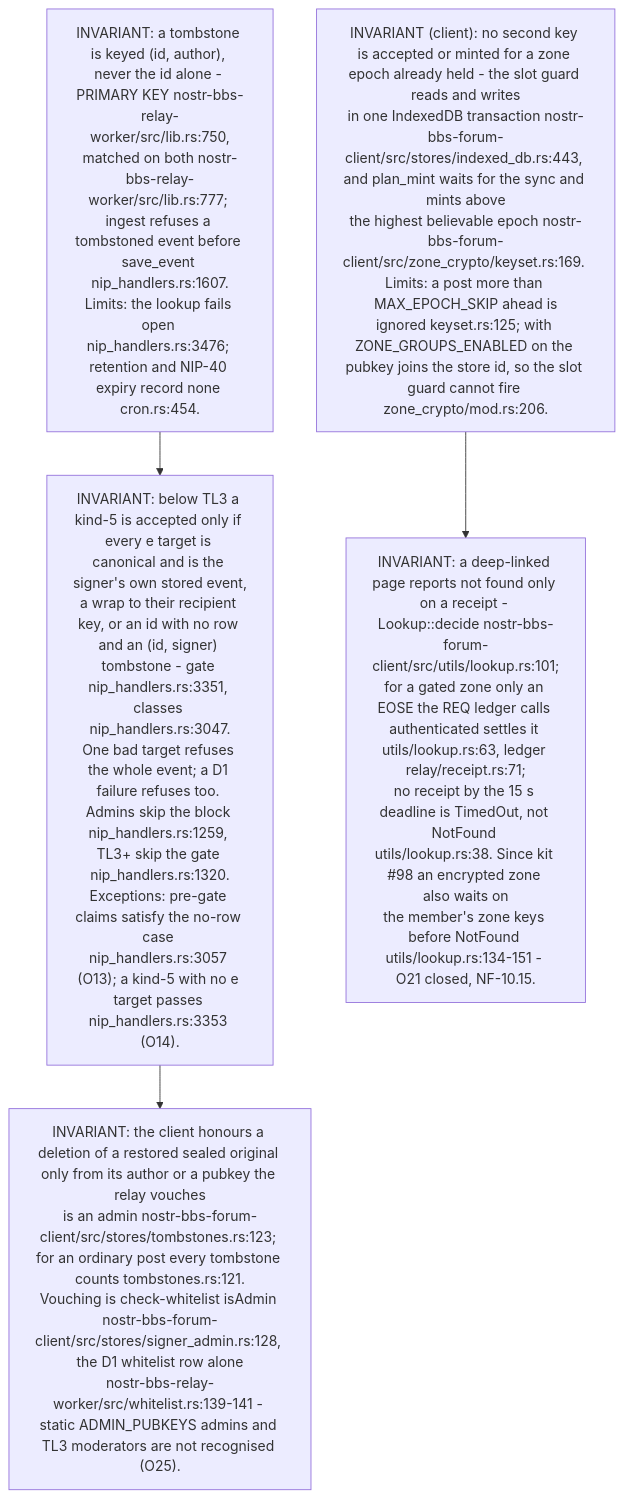
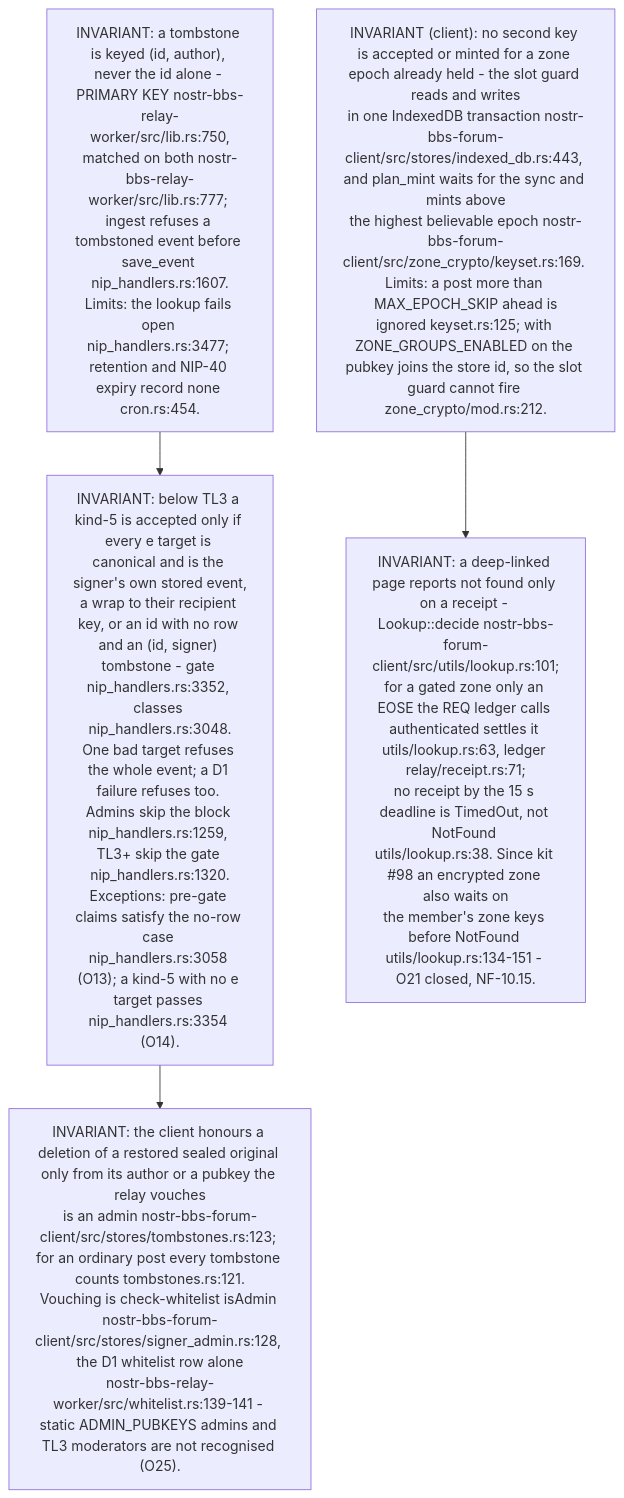
Diagram 11 of 15 in docs/diagrams/nostr-rust-forum/10-invariants-and-anomaly-register.md (DreamLab-AI/VisionFlow), drawn with Mermaid before and after one commit. The commit also changed other lines of this file and 23 other files, not shown here.

First line of the commit message:
docs(diagrams): pass C nostr-rust-forum area re-verified at de31aaa

````diff
--- a/docs/diagrams/nostr-rust-forum/10-invariants-and-anomaly-register.md
+++ b/docs/diagrams/nostr-rust-forum/10-invariants-and-anomaly-register.md
@@ -304,10 +306,10 @@
 ```mermaid
 flowchart TB
-    T1["INVARIANT: a tombstone is keyed (id, author), never the id alone - PRIMARY KEY nostr-bbs-relay-worker/src/lib.rs:750,<br/>matched on both nostr-bbs-relay-worker/src/lib.rs:777; ingest refuses a tombstoned event before save_event nip_handlers.rs:1607.<br/>Limits: the lookup fails open nip_handlers.rs:3476; retention and NIP-40 expiry record none cron.rs:454."]
-    T2["INVARIANT: below TL3 a kind-5 is accepted only if every e target is canonical and is the signer's own stored event,<br/>a wrap to their recipient key, or an id with no row and an (id, signer) tombstone - gate nip_handlers.rs:3351, classes nip_handlers.rs:3047.<br/>One bad target refuses the whole event; a D1 failure refuses too. Admins skip the block nip_handlers.rs:1259, TL3+ skip the gate nip_handlers.rs:1320.<br/>Exceptions: pre-gate claims satisfy the no-row case nip_handlers.rs:3057 (O13); a kind-5 with no e target passes nip_handlers.rs:3353 (O14)."]
+    T1["INVARIANT: a tombstone is keyed (id, author), never the id alone - PRIMARY KEY nostr-bbs-relay-worker/src/lib.rs:750,<br/>matched on both nostr-bbs-relay-worker/src/lib.rs:777; ingest refuses a tombstoned event before save_event nip_handlers.rs:1607.<br/>Limits: the lookup fails open nip_handlers.rs:3477; retention and NIP-40 expiry record none cron.rs:454."]
+    T2["INVARIANT: below TL3 a kind-5 is accepted only if every e target is canonical and is the signer's own stored event,<br/>a wrap to their recipient key, or an id with no row and an (id, signer) tombstone - gate nip_handlers.rs:3352, classes nip_handlers.rs:3048.<br/>One bad target refuses the whole event; a D1 failure refuses too. Admins skip the block nip_handlers.rs:1259, TL3+ skip the gate nip_handlers.rs:1320.<br/>Exceptions: pre-gate claims satisfy the no-row case nip_handlers.rs:3058 (O13); a kind-5 with no e target passes nip_handlers.rs:3354 (O14)."]
     T3["INVARIANT: the client honours a deletion of a restored sealed original only from its author or a pubkey the relay vouches<br/>is an admin nostr-bbs-forum-client/src/stores/tombstones.rs:123; for an ordinary post every tombstone counts tombstones.rs:121.<br/>Vouching is check-whitelist isAdmin nostr-bbs-forum-client/src/stores/signer_admin.rs:128, the D1 whitelist row alone<br/>nostr-bbs-relay-worker/src/whitelist.rs:139-141 - static ADMIN_PUBKEYS admins and TL3 moderators are not recognised (O25)."]
-    T4["INVARIANT (client): no second key is accepted or minted for a zone epoch already held - the slot guard reads and writes<br/>in one IndexedDB transaction nostr-bbs-forum-client/src/stores/indexed_db.rs:443, and plan_mint waits for the sync and mints above<br/>the highest believable epoch nostr-bbs-forum-client/src/zone_crypto/keyset.rs:169. Limits: a post more than MAX_EPOCH_SKIP ahead is<br/>ignored keyset.rs:125; with ZONE_GROUPS_ENABLED on the pubkey joins the store id, so the slot guard cannot fire zone_crypto/mod.rs:206."]
+    T4["INVARIANT (client): no second key is accepted or minted for a zone epoch already held - the slot guard reads and writes<br/>in one IndexedDB transaction nostr-bbs-forum-client/src/stores/indexed_db.rs:443, and plan_mint waits for the sync and mints above<br/>the highest believable epoch nostr-bbs-forum-client/src/zone_crypto/keyset.rs:169. Limits: a post more than MAX_EPOCH_SKIP ahead is<br/>ignored keyset.rs:125; with ZONE_GROUPS_ENABLED on the pubkey joins the store id, so the slot guard cannot fire zone_crypto/mod.rs:212."]
     T5["INVARIANT: a deep-linked page reports not found only on a receipt - Lookup::decide nostr-bbs-forum-client/src/utils/lookup.rs:101;<br/>for a gated zone only an EOSE the REQ ledger calls authenticated settles it utils/lookup.rs:63, ledger relay/receipt.rs:71;<br/>no receipt by the 15 s deadline is TimedOut, not NotFound utils/lookup.rs:38. Since kit #98 an encrypted zone also waits on<br/>the member's zone keys before NotFound utils/lookup.rs:134-151 - O21 closed, NF-10.15."]
     T1 --> T2 --> T3
     T4 --> T5
 ```
````
